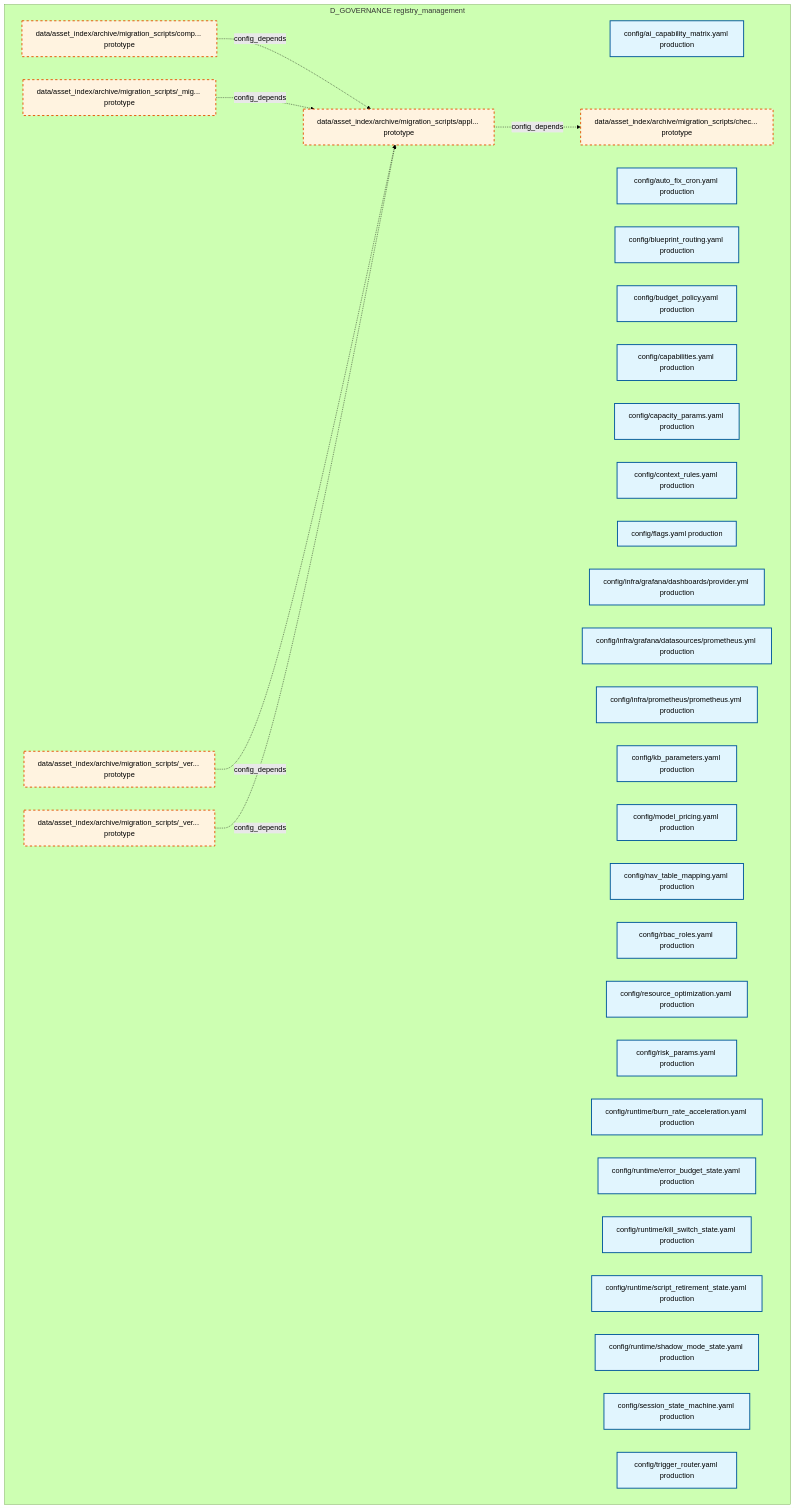
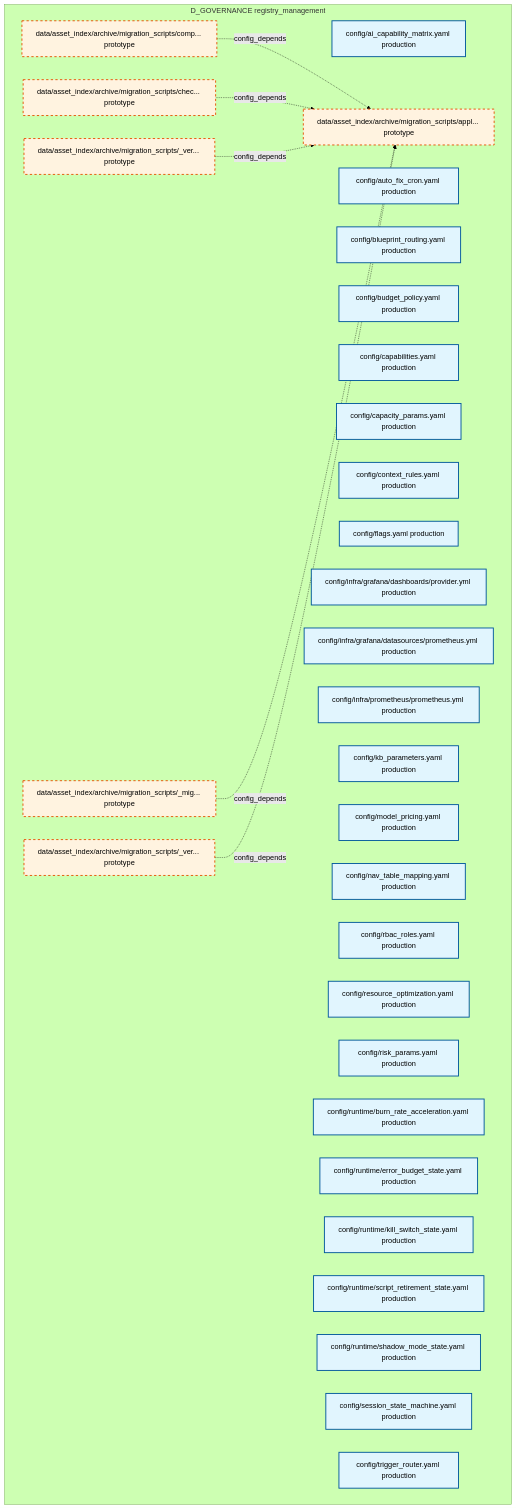
The first of 29 diagrams in docs/02_enterprise_architecture/02_domain_architecture_docs/31_d_governance.md (xuanFelixVan/ZephyrAlpha), drawn with Mermaid (forest theme) before and after one commit. The commit also changed other lines of this file and 100 other files, not shown here.

````diff
--- a/docs/02_enterprise_architecture/02_domain_architecture_docs/31_d_governance.md
+++ b/docs/02_enterprise_architecture/02_domain_architecture_docs/31_d_governance.md
@@ -49,46 +49,46 @@
 ```mermaid
 graph TD
     subgraph D_GOVERNANCE["D_GOVERNANCE registry_management"]
         config_ai_capability_matrix_yaml["config/ai_capability_matrix.yaml production"]
         config_auto_fix_cron_yaml["config/auto_fix_cron.yaml production"]
         config_blueprint_routing_yaml["config/blueprint_routing.yaml production"]
         config_budget_policy_yaml["config/budget_policy.yaml production"]
         config_capabilities_yaml["config/capabilities.yaml production"]
         config_capacity_params_yaml["config/capacity_params.yaml production"]
         config_context_rules_yaml["config/context_rules.yaml production"]
         config_flags_yaml["config/flags.yaml production"]
         config_infra_grafana_dashboards_provider_yml["config/infra/grafana/dashboards/provider.yml production"]
         config_infra_grafana_datasources_prometheus_yml["config/infra/grafana/datasources/prometheus.yml production"]
         config_infra_prometheus_prometheus_yml["config/infra/prometheus/prometheus.yml production"]
         config_kb_parameters_yaml["config/kb_parameters.yaml production"]
         config_model_pricing_yaml["config/model_pricing.yaml production"]
         config_nav_table_mapping_yaml["config/nav_table_mapping.yaml production"]
         config_rbac_roles_yaml["config/rbac_roles.yaml production"]
         config_resource_optimization_yaml["config/resource_optimization.yaml production"]
         config_risk_params_yaml["config/risk_params.yaml production"]
         config_runtime_burn_rate_acceleration_yaml["config/runtime/burn_rate_acceleration.yaml production"]
         config_runtime_error_budget_state_yaml["config/runtime/error_budget_state.yaml production"]
         config_runtime_kill_switch_state_yaml["config/runtime/kill_switch_state.yaml production"]
         config_runtime_script_retirement_state_yaml["config/runtime/script_retirement_state.yaml production"]
         config_runtime_shadow_mode_state_yaml["config/runtime/shadow_mode_state.yaml production"]
         config_session_state_machine_yaml["config/session_state_machine.yaml production"]
         config_trigger_router_yaml["config/trigger_router.yaml production"]
         data_asset_index_archive_migration_scripts_migration_shared_py["data/asset_index/archive/migration_scripts/_mig... prototype"]
         data_asset_index_archive_migration_scripts_verify_manifest_py["data/asset_index/archive/migration_scripts/_ver... prototype"]
         data_asset_index_archive_migration_scripts_verify_step4_py["data/asset_index/archive/migration_scripts/_ver... prototype"]
         data_asset_index_archive_migration_scripts_apply_rulings_py["data/asset_index/archive/migration_scripts/appl... prototype"]
         data_asset_index_archive_migration_scripts_check_coverage_py["data/asset_index/archive/migration_scripts/chec... prototype"]
         data_asset_index_archive_migration_scripts_comprehensive_import_fix_py["data/asset_index/archive/migration_scripts/comp... prototype"]
     end
-    data_asset_index_archive_migration_scripts_apply_rulings_py -.->|config_depends| data_asset_index_archive_migration_scripts_check_coverage_py
     data_asset_index_archive_migration_scripts_comprehensive_import_fix_py -.->|config_depends| data_asset_index_archive_migration_scripts_apply_rulings_py
+    data_asset_index_archive_migration_scripts_check_coverage_py -.->|config_depends| data_asset_index_archive_migration_scripts_apply_rulings_py
+    data_asset_index_archive_migration_scripts_verify_step4_py -.->|config_depends| data_asset_index_archive_migration_scripts_apply_rulings_py
     data_asset_index_archive_migration_scripts_migration_shared_py -.->|config_depends| data_asset_index_archive_migration_scripts_apply_rulings_py
     data_asset_index_archive_migration_scripts_verify_manifest_py -.->|config_depends| data_asset_index_archive_migration_scripts_apply_rulings_py
-    data_asset_index_archive_migration_scripts_verify_step4_py -.->|config_depends| data_asset_index_archive_migration_scripts_apply_rulings_py
     classDef production fill:#e1f5fe,stroke:#01579b,stroke-width:2px,color:#000
     classDef design fill:#fff3e0,stroke:#e65100,stroke-width:2px,color:#000,stroke-dasharray: 5 5
     classDef external_prod fill:#e8f5e9,stroke:#1b5e20,stroke-width:1px,color:#000
     classDef external_design fill:#fce4ec,stroke:#880e4f,stroke-width:1px,color:#000,stroke-dasharray: 5 5
     class config_ai_capability_matrix_yaml,config_auto_fix_cron_yaml,config_blueprint_routing_yaml,config_budget_policy_yaml,config_capabilities_yaml,config_capacity_params_yaml,config_context_rules_yaml,config_flags_yaml,config_infra_grafana_dashboards_provider_yml,config_infra_grafana_datasources_prometheus_yml,config_infra_prometheus_prometheus_yml,config_kb_parameters_yaml,config_model_pricing_yaml,config_nav_table_mapping_yaml,config_rbac_roles_yaml,config_resource_optimization_yaml,config_risk_params_yaml,config_runtime_burn_rate_acceleration_yaml,config_runtime_error_budget_state_yaml,config_runtime_kill_switch_state_yaml,config_runtime_script_retirement_state_yaml,config_runtime_shadow_mode_state_yaml,config_session_state_machine_yaml,config_trigger_router_yaml production
     class data_asset_index_archive_migration_scripts_migration_shared_py,data_asset_index_archive_migration_scripts_verify_manifest_py,data_asset_index_archive_migration_scripts_verify_step4_py,data_asset_index_archive_migration_scripts_apply_rulings_py,data_asset_index_archive_migration_scripts_check_coverage_py,data_asset_index_archive_migration_scripts_comprehensive_import_fix_py design
 ```
````
